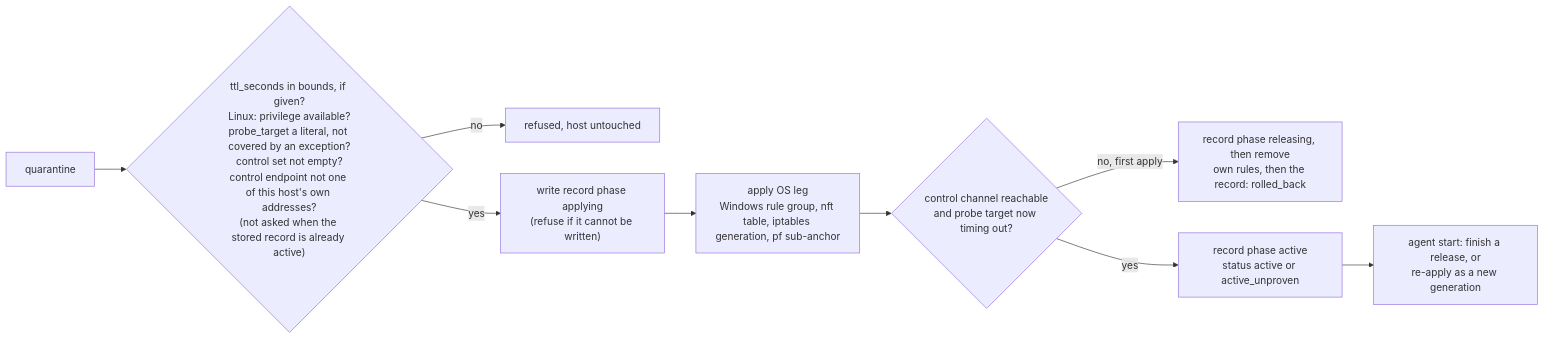
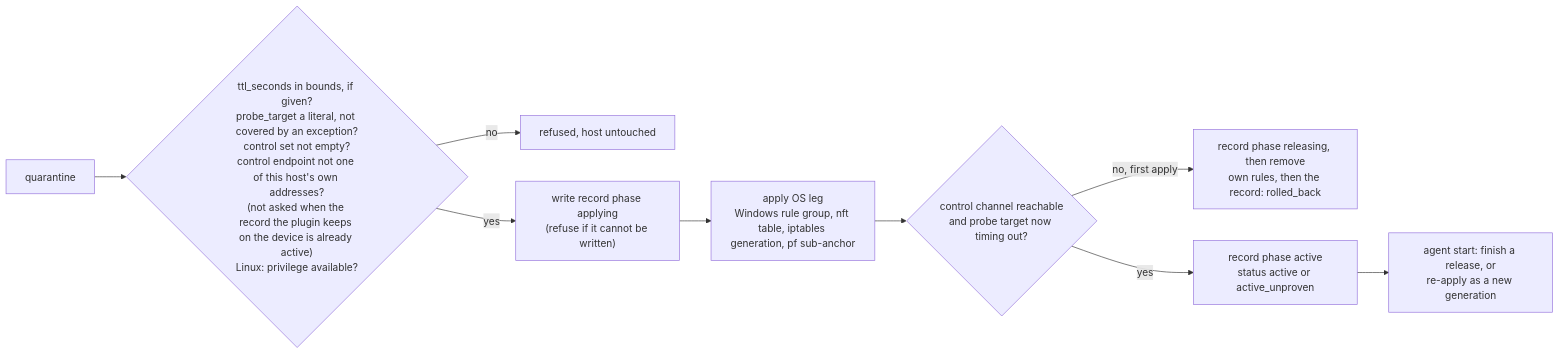
Before and after one commit to DevNullLtd/Yuzu: the second of 4 diagrams in agents/plugins/firewall/README.md, drawn with Mermaid. The commit also changed other lines of this file and 21 other files, not shown here.

````diff
--- a/agents/plugins/firewall/README.md
+++ b/agents/plugins/firewall/README.md
@@ -61,11 +61,11 @@
 ```mermaid
 flowchart LR
-  Q["quarantine"] --> V{"ttl_seconds in bounds, if given?<br/>Linux: privilege available?<br/>probe_target a literal, not covered by an exception?<br/>control set not empty?<br/>control endpoint not one of this host's own addresses?<br/>(not asked when the stored record is already active)"}
+  Q["quarantine"] --> V{"ttl_seconds in bounds, if given?<br/>probe_target a literal, not covered by an exception?<br/>control set not empty?<br/>control endpoint not one of this host's own addresses?<br/>(not asked when the record the plugin keeps on the device is already active)<br/>Linux: privilege available?"}
   V -- "no" --> R["refused, host untouched"]
   V -- "yes" --> REC["write record phase applying<br/>(refuse if it cannot be written)"]
   REC --> AP["apply OS leg<br/>Windows rule group, nft table, iptables generation, pf sub-anchor"]
   AP --> VF{"control channel reachable<br/>and probe target now timing out?"}
   VF -- "no, first apply" --> RB["record phase releasing, then remove<br/>own rules, then the record: rolled_back"]
   VF -- "yes" --> ACT["record phase active<br/>status active or active_unproven"]
   ACT --> INIT["agent start: finish a release, or<br/>re-apply as a new generation"]
 ```
````
